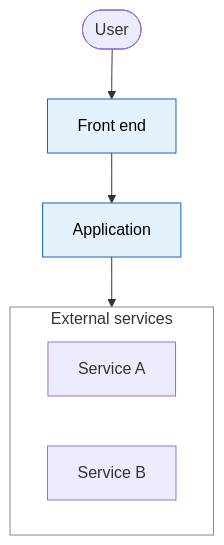
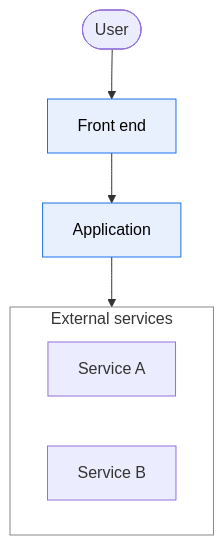
Before and after one commit to baptiste-pasquier/skills: the first of 3 diagrams in docs-taxonomy/references/templates/docs-overview.md, drawn with Mermaid. The commit also changed other lines of this file and 13 other files, not shown here.

````diff
--- a/docs-taxonomy/references/templates/docs-overview.md
+++ b/docs-taxonomy/references/templates/docs-overview.md
@@ -13,15 +13,15 @@
 ```mermaid
 flowchart TB
     user([User]) --> entry["Front end"]
     entry --> app["Application"]
     subgraph external["External services"]
         direction LR
         api1["Service A"]
         api2["Service B"]
     end
     app --> external
 
-    classDef det fill:#e3f2fd,stroke:#1565c0,color:#000
-    class entry,app det
+    classDef code fill:#e8f0fe,stroke:#1a73e8,color:#000
+    class entry,app code
     style external fill:none,stroke:#888
 ```
````
